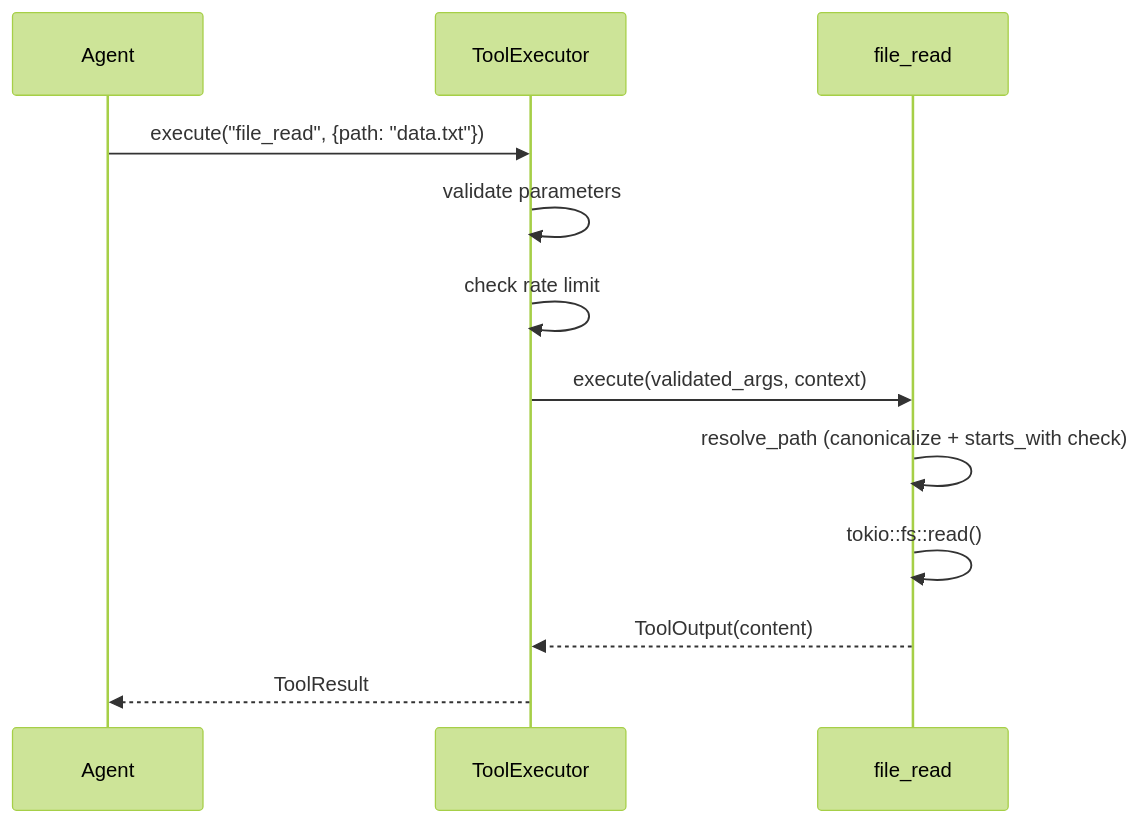
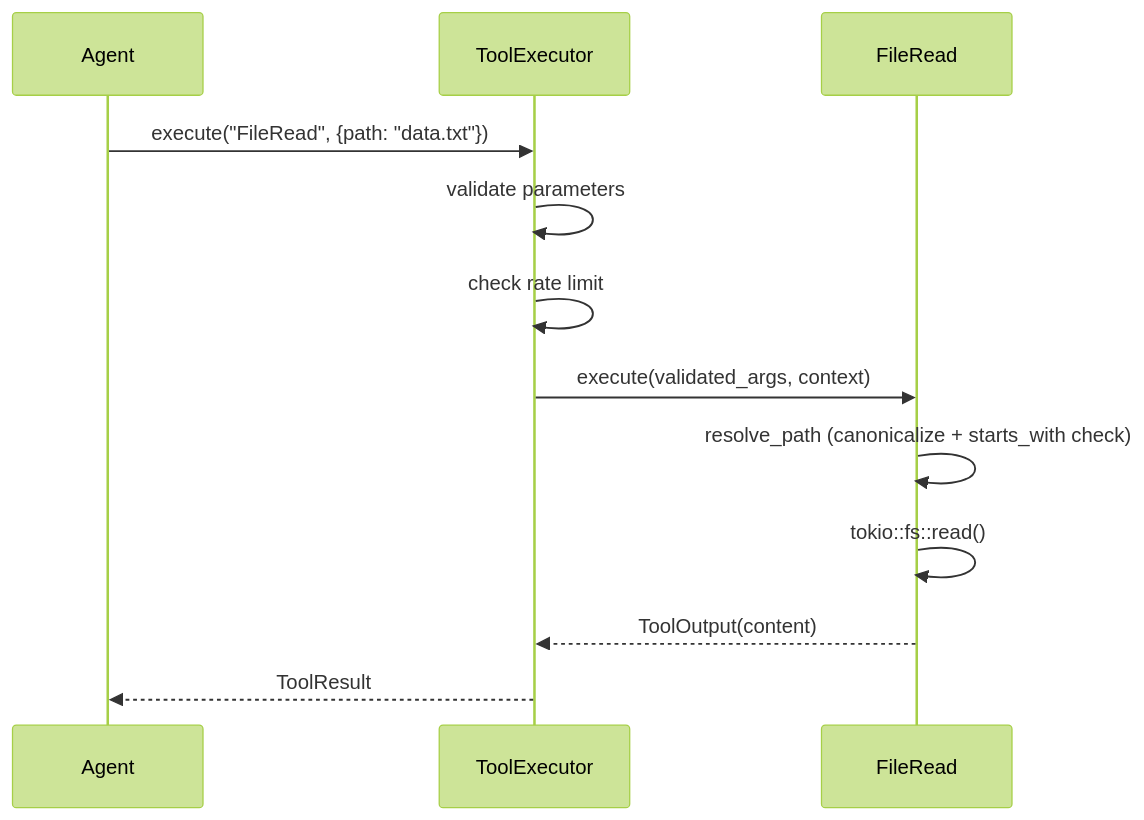
The second of 7 diagrams in docs/design/runtime-tools-integration-design.md (gorgiaxx/y-agent), drawn with Mermaid (forest theme) before and after one commit. The commit also changed other lines of this file and 41 other files, not shown here.

````diff
--- a/docs/design/runtime-tools-integration-design.md
+++ b/docs/design/runtime-tools-integration-design.md
@@ -156,15 +157,15 @@
 ```mermaid
 sequenceDiagram
     participant Agent
     participant TE as ToolExecutor
-    participant Tool as file_read
+    participant Tool as FileRead
 
-    Agent->>TE: execute("file_read", {path: "data.txt"})
+    Agent->>TE: execute("FileRead", {path: "data.txt"})
     TE->>TE: validate parameters
     TE->>TE: check rate limit
     TE->>Tool: execute(validated_args, context)
     Tool->>Tool: resolve_path (canonicalize + starts_with check)
     Tool->>Tool: tokio::fs::read()
     Tool-->>TE: ToolOutput(content)
     TE-->>Agent: ToolResult
 ```
````
